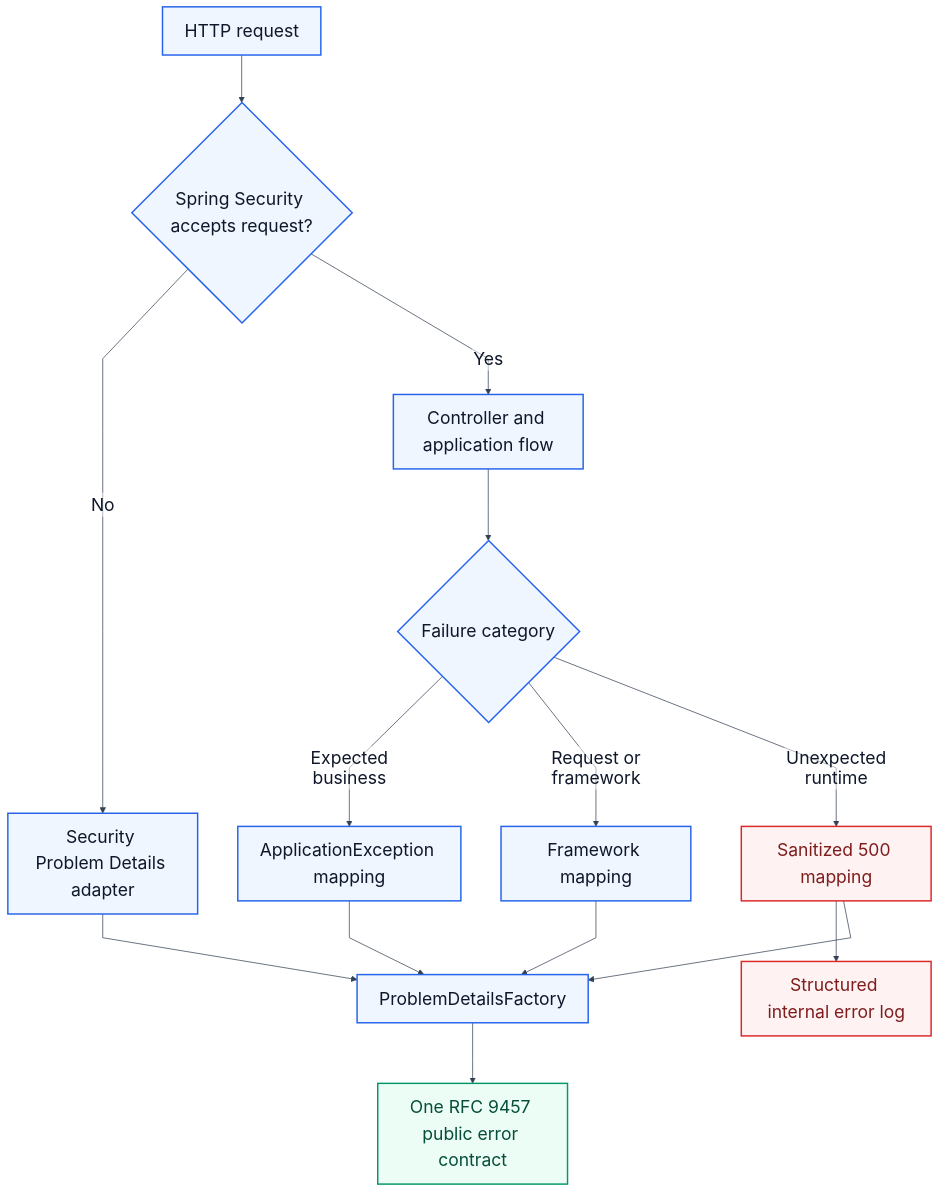
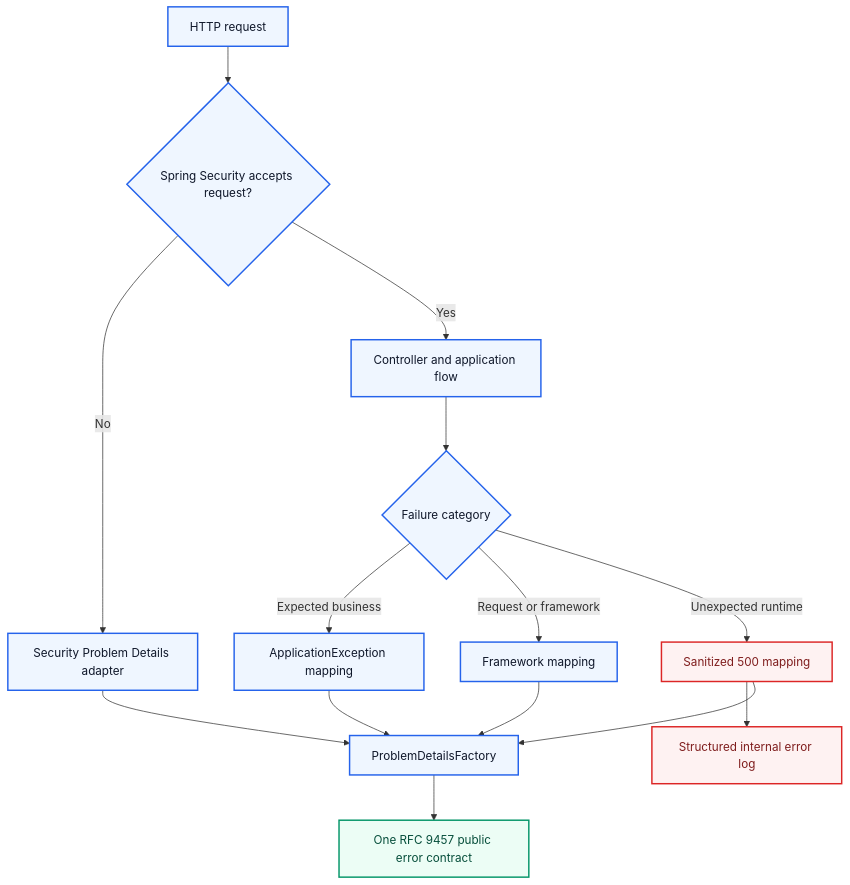
One commit to kundankumar7/optrabidz changed the diagram in docs/error-handling/work-items/KAN-33-legacy-exception-removal/assets/single-error-contract.mmd. Above: the diagram before and after it, drawn with Mermaid. The commit also changed 16 other files, not shown here.

Commit message:
Standardize Mermaid diagram output (KAN-39)

```diff
--- a/docs/error-handling/work-items/KAN-33-legacy-exception-removal/assets/single-error-contract.mmd
+++ b/docs/error-handling/work-items/KAN-33-legacy-exception-removal/assets/single-error-contract.mmd
@@ -1,24 +1,26 @@
-%%{init: {"theme":"base","themeVariables":{"fontSize":"24px","fontFamily":"Arial, sans-serif","primaryColor":"#EFF6FF","primaryTextColor":"#0F172A","primaryBorderColor":"#2563EB","lineColor":"#334155","secondaryColor":"#F8FAFC","tertiaryColor":"#FEF2F2","clusterBkg":"#FFFFFF","clusterBorder":"#94A3B8","edgeLabelBackground":"#FFFFFF"},"flowchart":{"htmlLabels":false,"curve":"linear","nodeSpacing":55,"rankSpacing":65}}}%%
 flowchart TB
+    accTitle: Single public error contract
+    accDescr: Security, expected application, framework, and unexpected runtime failures converge on one RFC 9457 public error contract while unexpected details remain in structured internal logs.
+
     R[HTTP request] --> S{Spring Security accepts request?}
     S -->|No| SP[Security Problem Details adapter]
     S -->|Yes| C[Controller and application flow]
 
     C --> E{Failure category}
     E -->|Expected business| A[ApplicationException mapping]
     E -->|Request or framework| F[Framework mapping]
     E -->|Unexpected runtime| U[Sanitized 500 mapping]
 
     U --> L[Structured internal error log]
     A --> P[ProblemDetailsFactory]
     F --> P
     U --> P
     SP --> P
     P --> O[One RFC 9457 public error contract]
 
     classDef boundary fill:#EFF6FF,stroke:#2563EB,color:#0F172A,stroke-width:2px;
     classDef unexpected fill:#FEF2F2,stroke:#DC2626,color:#7F1D1D,stroke-width:2px;
     classDef output fill:#ECFDF5,stroke:#059669,color:#064E3B,stroke-width:2px;
     class U,L unexpected;
     class O output;
     class R,S,C,E,A,F,SP,P boundary;
```
